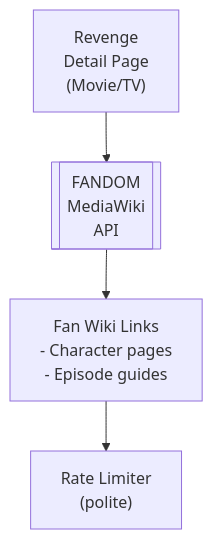
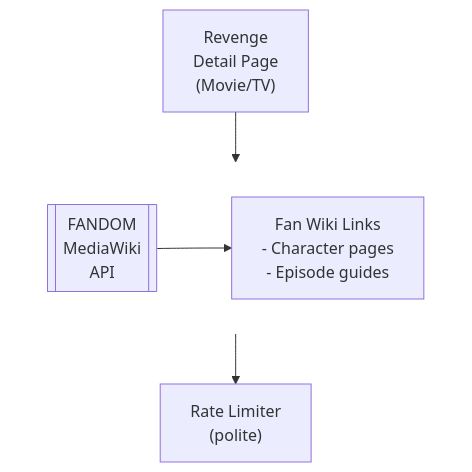
One commit to lusoris/revenge changed the diagram in docs/dev/design/integrations/wiki/FANDOM.md. Above: the diagram before and after it, drawn with Mermaid. The commit also changed 210 other files, not shown here.

First line of the commit message:
feat(docs): Add horizontal layout support for Mermaid diagrams

````diff
--- a/docs/dev/design/integrations/wiki/FANDOM.md
+++ b/docs/dev/design/integrations/wiki/FANDOM.md
@@ -57,10 +57,16 @@
 ```mermaid
 flowchart TD
     node1["Revenge<br/>Detail Page<br/>(Movie/TV)"]
-    node2[["FANDOM<br/>MediaWiki<br/>API"]]
-    node3["Fan Wiki Links<br/>- Character pages<br/>- Episode guides"]
+    subgraph row1[ ]
+        direction LR
+        node2[["FANDOM<br/>MediaWiki<br/>API"]]
+        node3["Fan Wiki Links<br/>- Character pages<br/>- Episode guides"]
+    end
     node4["Rate Limiter<br/>(polite)"]
     node2 --> node3
     node1 --> node2
     node3 --> node4
+
+    %% Hide row subgraph borders
+    style row1 fill:transparent,stroke:transparent
 ```
````
